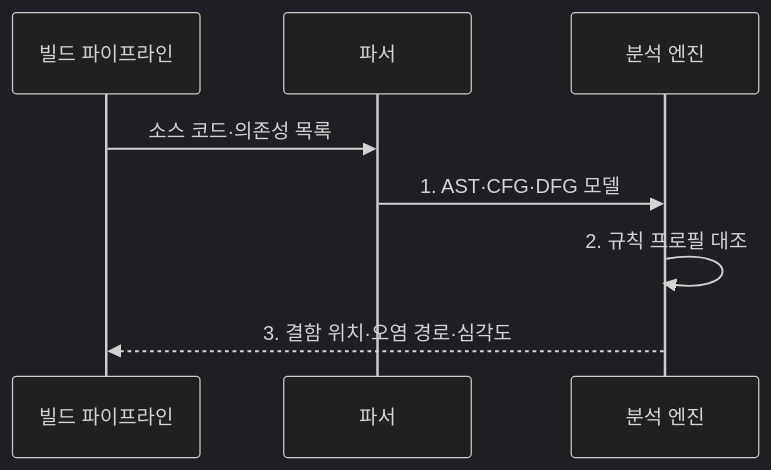
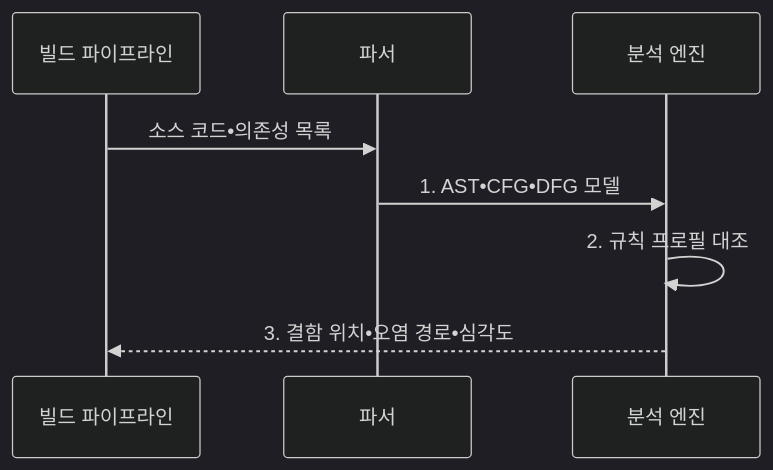
The second of 2 diagrams in src/content/docs/notes/03-software/067_static_application_security_testing.md (agnusdei1207/knowledge-base), drawn with Mermaid (dark theme) before and after one commit. The commit also changed other lines of this file and 953 other files, not shown here.

````diff
--- a/src/content/docs/notes/03-software/067_static_application_security_testing.md
+++ b/src/content/docs/notes/03-software/067_static_application_security_testing.md
@@ -107,10 +107,10 @@
 ```mermaid
 sequenceDiagram
     participant B as 빌드 파이프라인
     participant P as 파서
     participant A as 분석 엔진
-    B->>P: 소스 코드·의존성 목록
-    P->>A: 1. AST·CFG·DFG 모델
+    B->>P: 소스 코드•의존성 목록
+    P->>A: 1. AST•CFG•DFG 모델
     A->>A: 2. 규칙 프로필 대조
-    A-->>B: 3. 결함 위치·오염 경로·심각도
+    A-->>B: 3. 결함 위치•오염 경로•심각도
 ```
````
